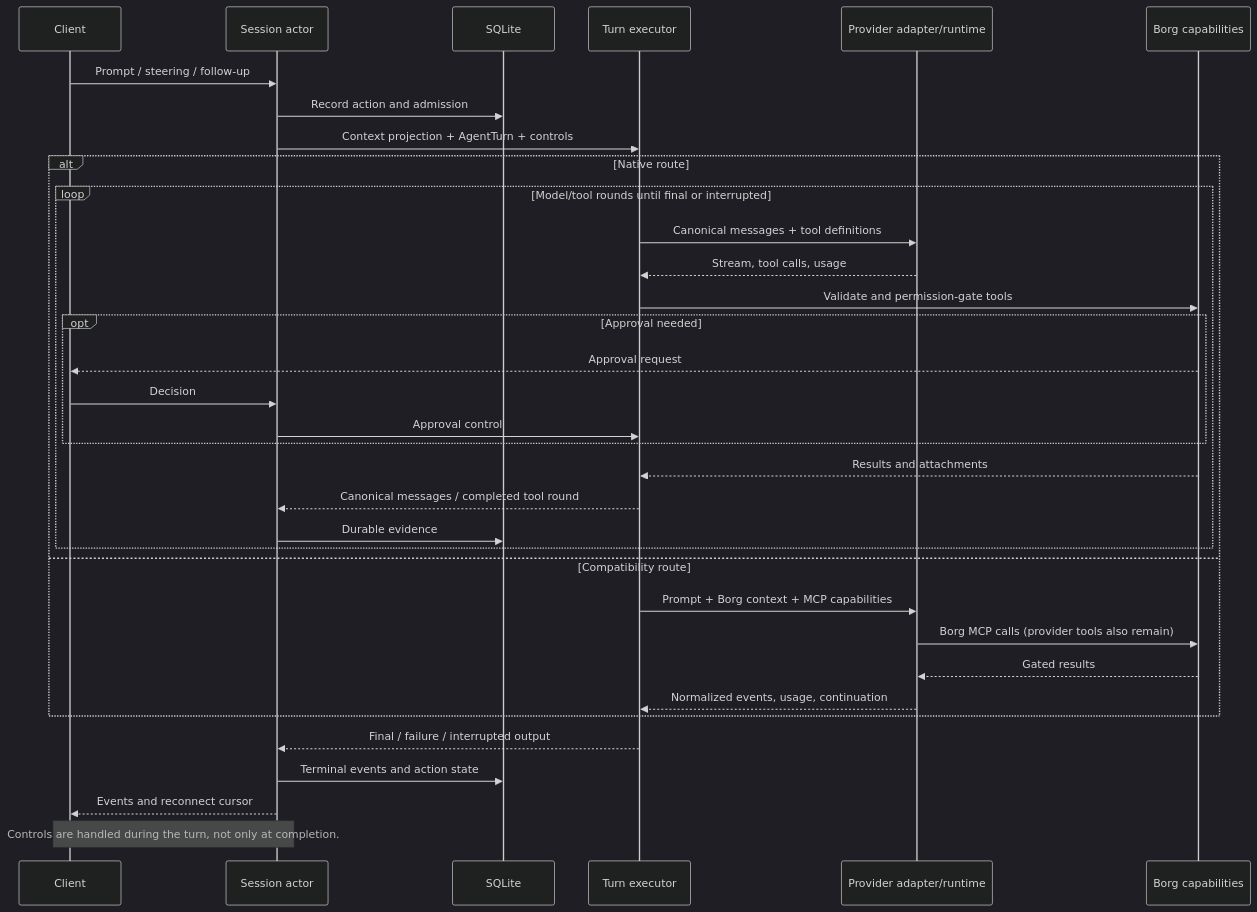
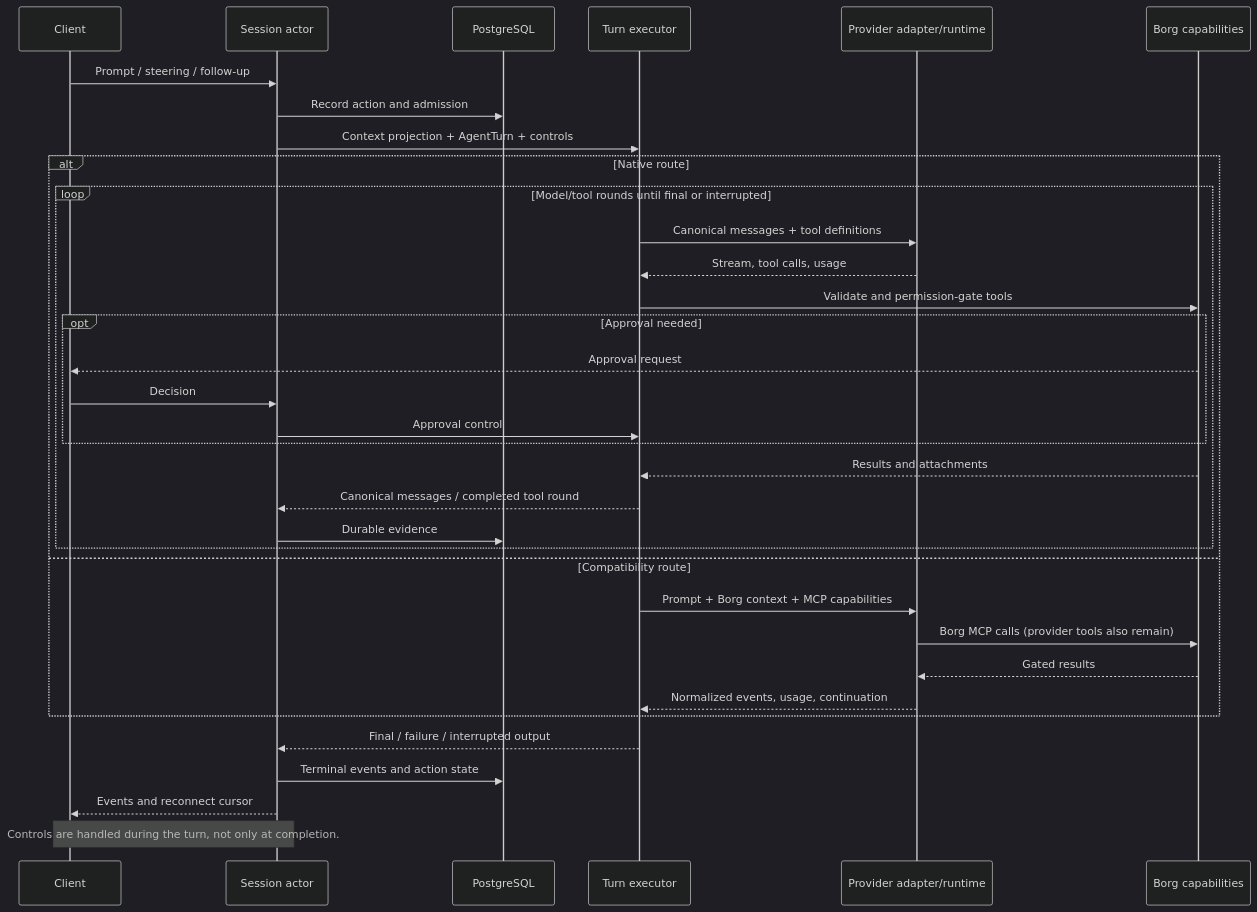
The second of 4 diagrams in docs/architecture.md (borg-ml/agent), drawn with Mermaid (dark theme) before and after one commit. The commit also changed other lines of this file and 9 other files, not shown here.

````diff
--- a/docs/architecture.md
+++ b/docs/architecture.md
@@ -47,36 +47,36 @@
 ```mermaid
 sequenceDiagram
     participant C as Client
     participant S as Session actor
-    participant J as SQLite
+    participant J as PostgreSQL
     participant E as Turn executor
     participant P as Provider adapter/runtime
     participant T as Borg capabilities
     C->>S: Prompt / steering / follow-up
     S->>J: Record action and admission
     S->>E: Context projection + AgentTurn + controls
     alt Native route
         loop Model/tool rounds until final or interrupted
             E->>P: Canonical messages + tool definitions
             P-->>E: Stream, tool calls, usage
             E->>T: Validate and permission-gate tools
             opt Approval needed
                 T-->>C: Approval request
                 C->>S: Decision
                 S->>E: Approval control
             end
             T-->>E: Results and attachments
             E-->>S: Canonical messages / completed tool round
             S->>J: Durable evidence
         end
     else Compatibility route
         E->>P: Prompt + Borg context + MCP capabilities
         P->>T: Borg MCP calls (provider tools also remain)
         T-->>P: Gated results
         P-->>E: Normalized events, usage, continuation
     end
     E-->>S: Final / failure / interrupted output
     S->>J: Terminal events and action state
     S-->>C: Events and reconnect cursor
     Note over C,S: Controls are handled during the turn, not only at completion.
 ```
````
